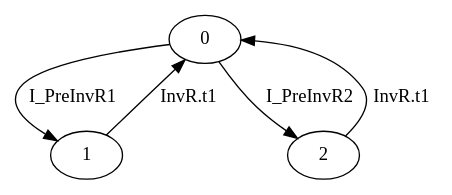
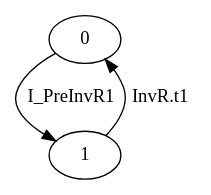
The diagram in src/cspspecs/SenderReceiver/SENDER.dot (nsrosa70/midarch-go-v13), drawn with Graphviz before and after one commit. The commit also changed 22 other files, not shown here.

```diff
--- a/src/cspspecs/SenderReceiver/SENDER.dot
+++ b/src/cspspecs/SenderReceiver/SENDER.dot
@@ -1,6 +1,4 @@
 digraph G {
   0 -> 1 [ label="I_PreInvR1" ];
-  0 -> 2 [ label="I_PreInvR2" ];
   1 -> 0 [ label="InvR.t1" ];
-  2 -> 0 [ label="InvR.t1" ];
 }
```
